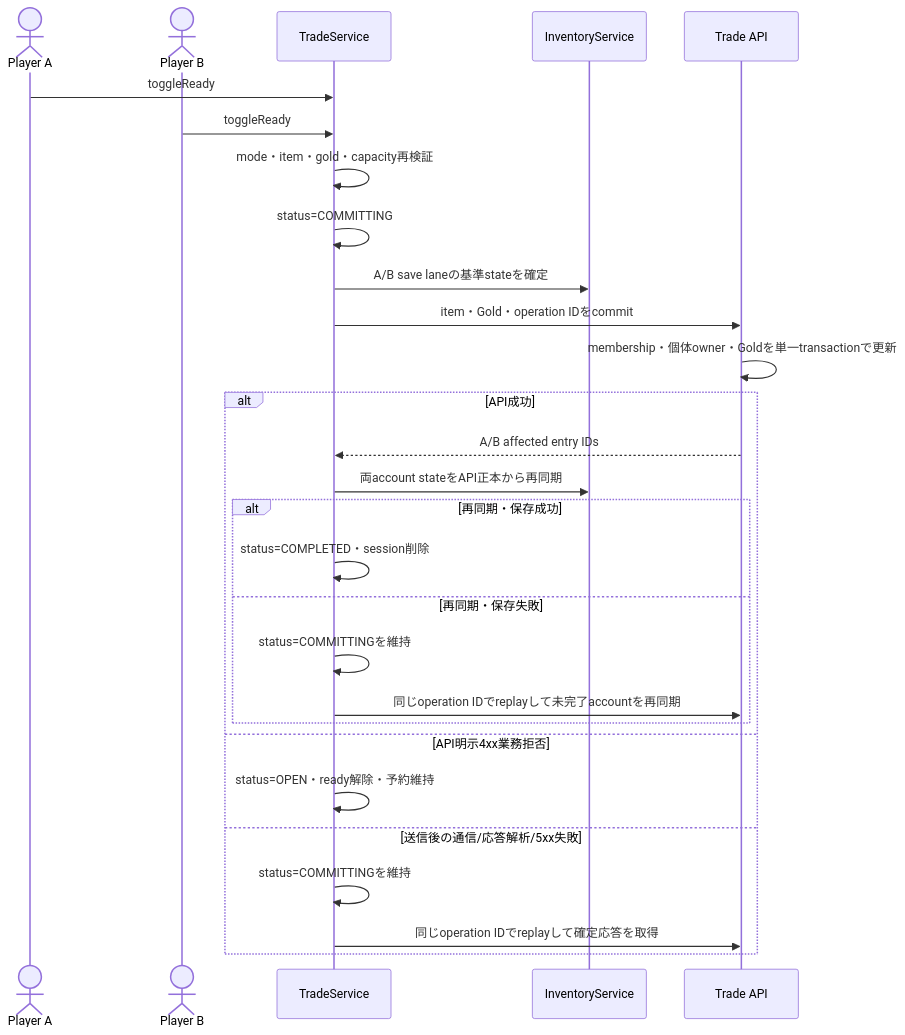
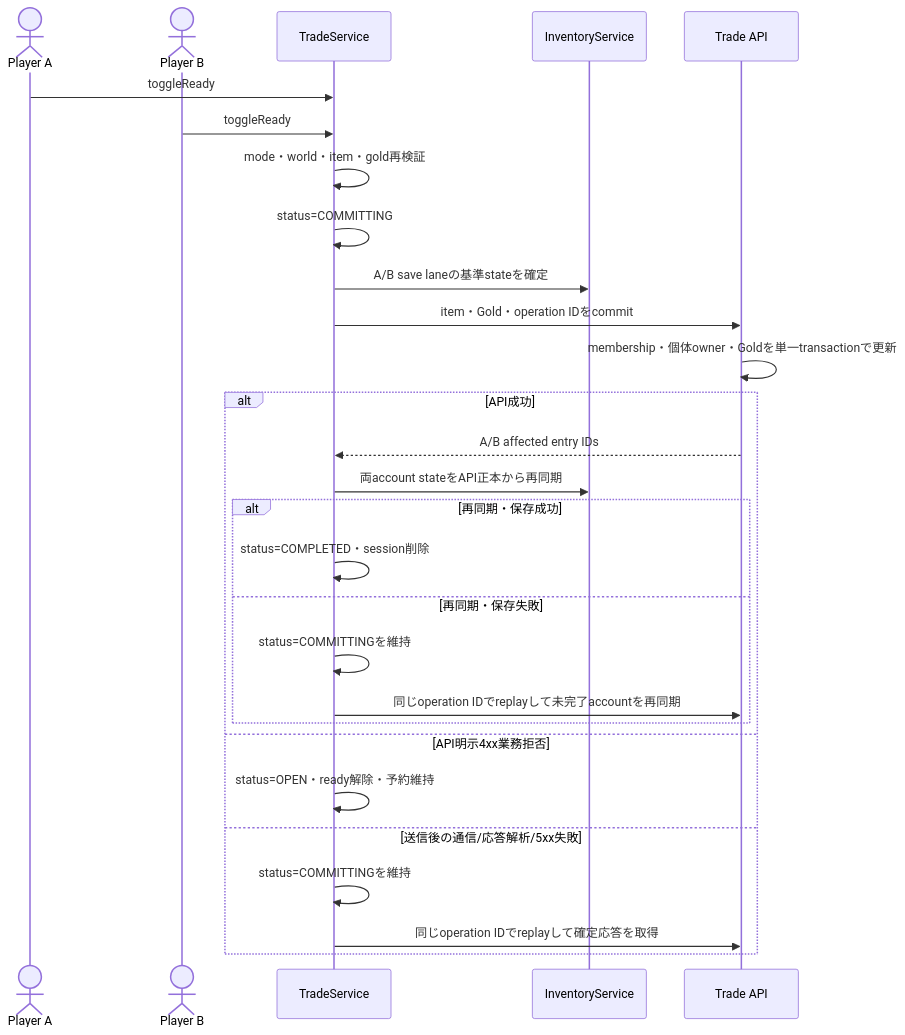
One commit to maaasu/AstralRecord-Workspace changed the third of 4 diagrams in 00_docs/10_Plugin設計書/feature/22-trade/22_4-統合フロー.md. Above: the diagram before and after it, drawn with Mermaid. The commit also changed other lines of this file and 16 other files, not shown here.

````diff
--- a/00_docs/10_Plugin設計書/feature/22-trade/22_4-統合フロー.md
+++ b/00_docs/10_Plugin設計書/feature/22-trade/22_4-統合フロー.md
@@ -71,30 +71,30 @@
 ```mermaid
 sequenceDiagram
     actor A as Player A
     actor B as Player B
     participant Trade as TradeService
     participant Inventory as InventoryService
     participant API as Trade API
     A->>Trade: toggleReady
     B->>Trade: toggleReady
-    Trade->>Trade: mode・item・gold・capacity再検証
+    Trade->>Trade: mode・world・item・gold再検証
     Trade->>Trade: status=COMMITTING
     Trade->>Inventory: A/B save laneの基準stateを確定
     Trade->>API: item・Gold・operation IDをcommit
     API->>API: membership・個体owner・Goldを単一transactionで更新
     alt API成功
         API-->>Trade: A/B affected entry IDs
         Trade->>Inventory: 両account stateをAPI正本から再同期
         alt 再同期・保存成功
             Trade->>Trade: status=COMPLETED・session削除
         else 再同期・保存失敗
             Trade->>Trade: status=COMMITTINGを維持
             Trade->>API: 同じoperation IDでreplayして未完了accountを再同期
         end
     else API明示4xx業務拒否
         Trade->>Trade: status=OPEN・ready解除・予約維持
     else 送信後の通信/応答解析/5xx失敗
         Trade->>Trade: status=COMMITTINGを維持
         Trade->>API: 同じoperation IDでreplayして確定応答を取得
     end
 ```
````
